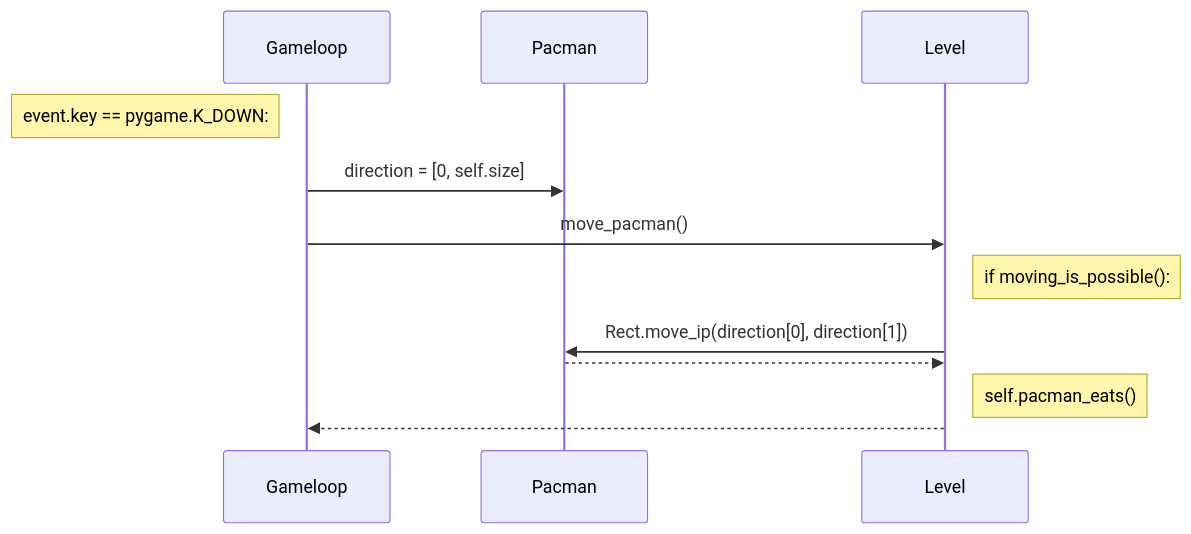
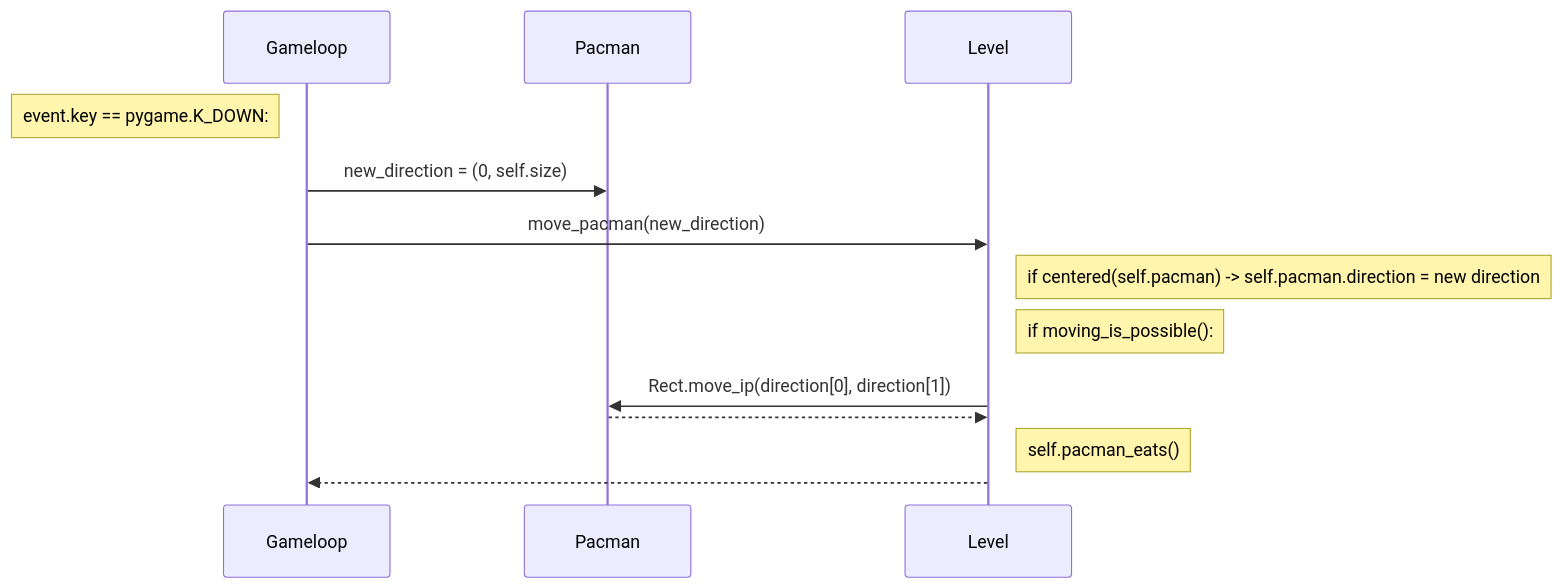
Before and after one commit to henriimmonen/ot-harjoitustyo: the second of 2 diagrams in dokumentaatio/arkkitehtuuri.md, drawn with Mermaid. The commit also changed other lines of this file and 4 other files, not shown here.

````diff
--- a/dokumentaatio/arkkitehtuuri.md
+++ b/dokumentaatio/arkkitehtuuri.md
@@ -12,11 +27,12 @@
 ```mermaid
 sequenceDiagram
 	Note left of Gameloop: event.key == pygame.K_DOWN:
-	Gameloop->>Pacman: direction = [0, self.size]
-	Gameloop->>Level: move_pacman()
+	Gameloop->>Pacman: new_direction = (0, self.size)
+	Gameloop->>Level: move_pacman(new_direction)
+	Note right of Level: if centered(self.pacman) -> self.pacman.direction = new direction;
 	Note right of Level: if moving_is_possible():
 	Level->>Pacman: Rect.move_ip(direction[0], direction[1])
 	Pacman-->>Level: ;
 	Note right of Level: self.pacman_eats()
 	Level-->>Gameloop: ;
 ```
````
